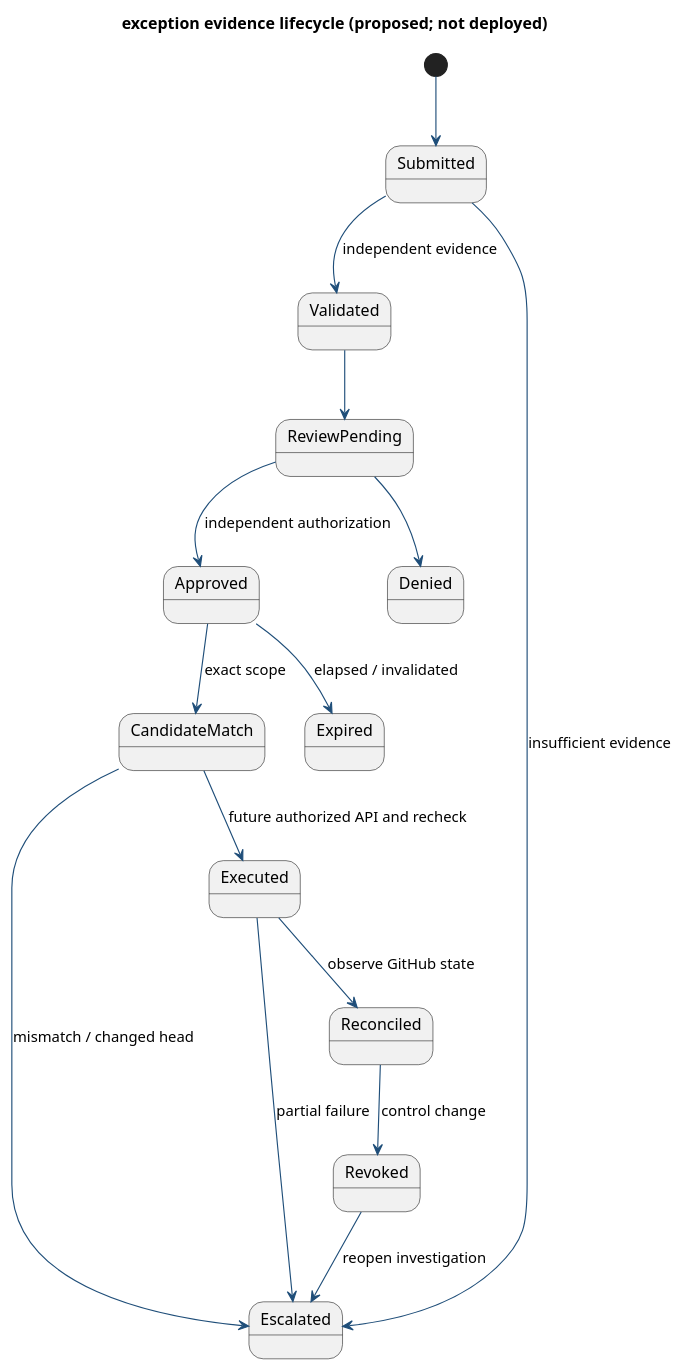
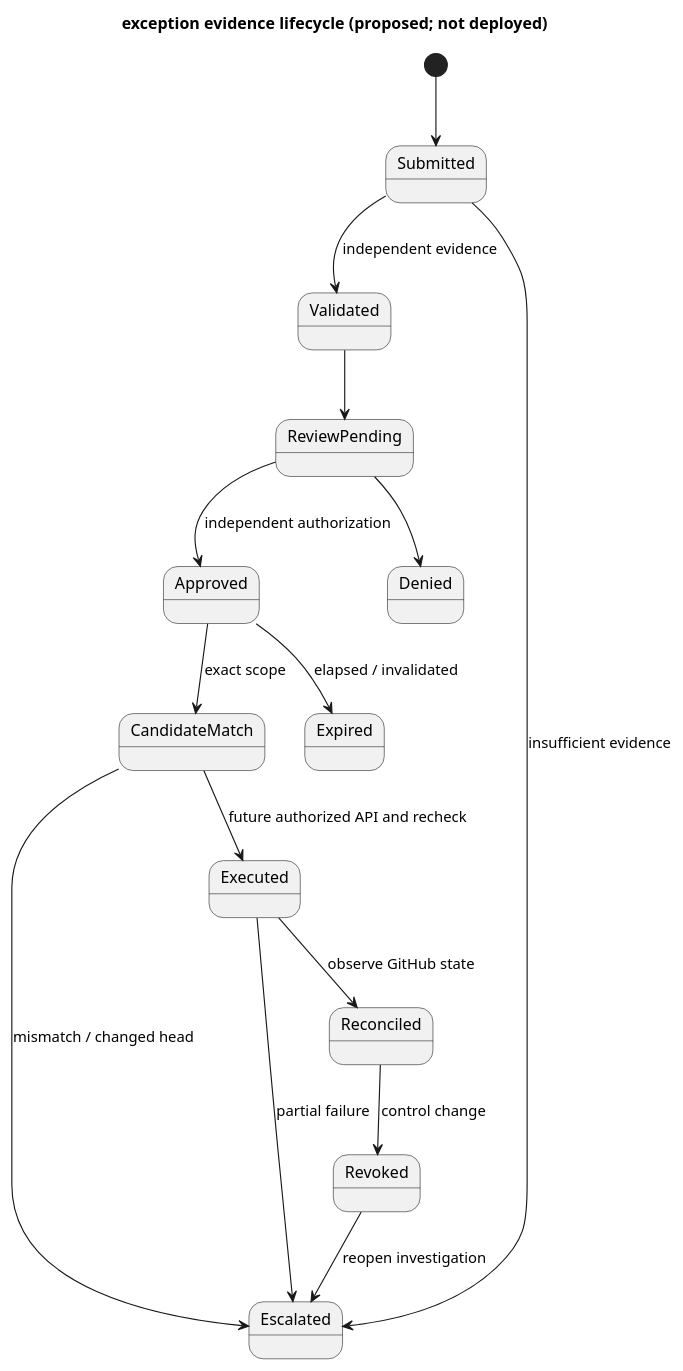
The diagram in src/security/github-advanced-security/code-scanning/enterprise-triage-governance/diagrams/11-exception-evidence-lifecycle.puml (Notoriousjayy/latex-docs), drawn with PlantUML before and after one commit. The commit also changed 10 other files, not shown here.

Commit message:
fix(appsec): use repository PlantUML palette conventions without literal hex

```diff
--- a/src/security/github-advanced-security/code-scanning/enterprise-triage-governance/diagrams/11-exception-evidence-lifecycle.puml
+++ b/src/security/github-advanced-security/code-scanning/enterprise-triage-governance/diagrams/11-exception-evidence-lifecycle.puml
@@ -1,22 +1,19 @@
 @startuml
 skinparam shadowing false
 skinparam defaultFontName SansSerif
-skinparam backgroundColor #FFFFFF
-skinparam ArrowColor #1F4E79
-skinparam rectangleBorderColor #1F4E79
 title exception evidence lifecycle (proposed; not deployed)
 [*] --> Submitted
 Submitted --> Validated : independent evidence
 Submitted --> Escalated : insufficient evidence
 Validated --> ReviewPending
 ReviewPending --> Approved : independent authorization
 ReviewPending --> Denied
 Approved --> CandidateMatch : exact scope
 CandidateMatch --> Executed : future authorized API and recheck
 CandidateMatch --> Escalated : mismatch / changed head
 Approved --> Expired : elapsed / invalidated
 Executed --> Reconciled : observe GitHub state
 Executed --> Escalated : partial failure
 Reconciled --> Revoked : control change
 Revoked --> Escalated : reopen investigation
 @enduml
```
